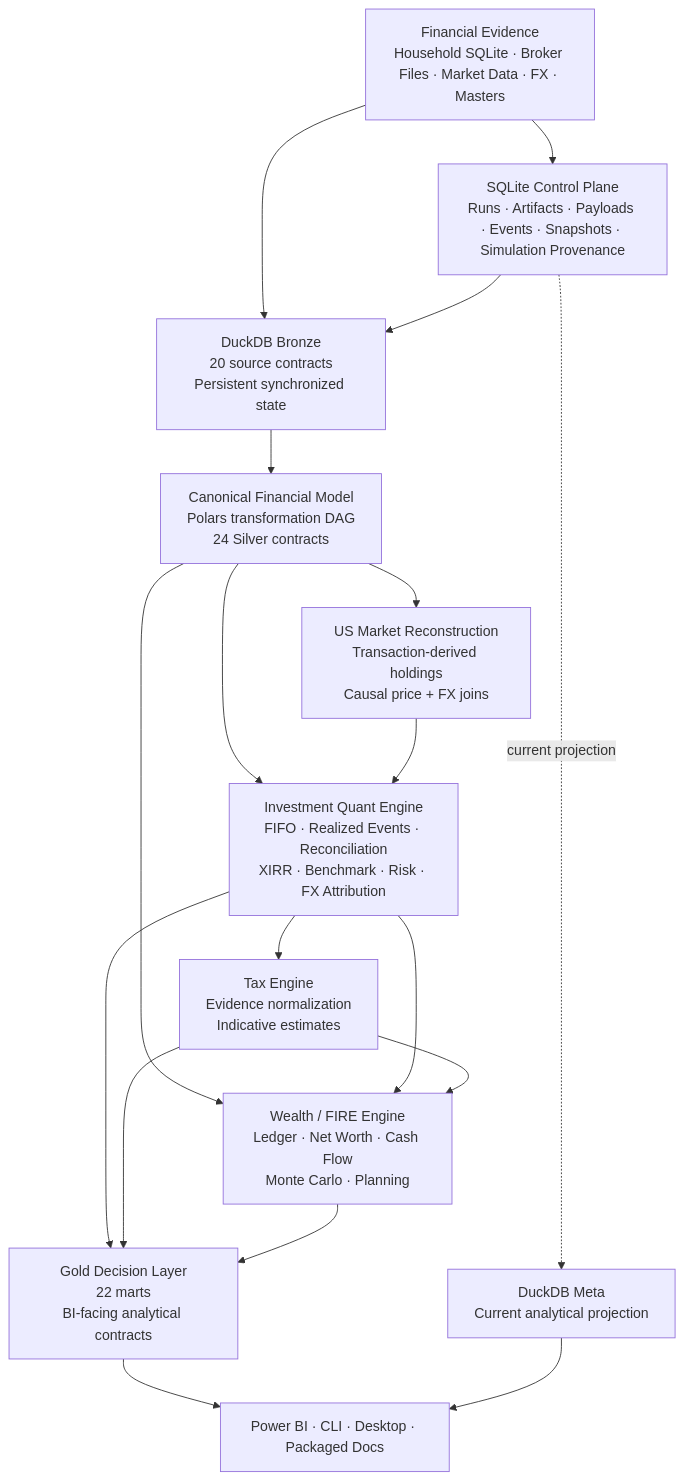
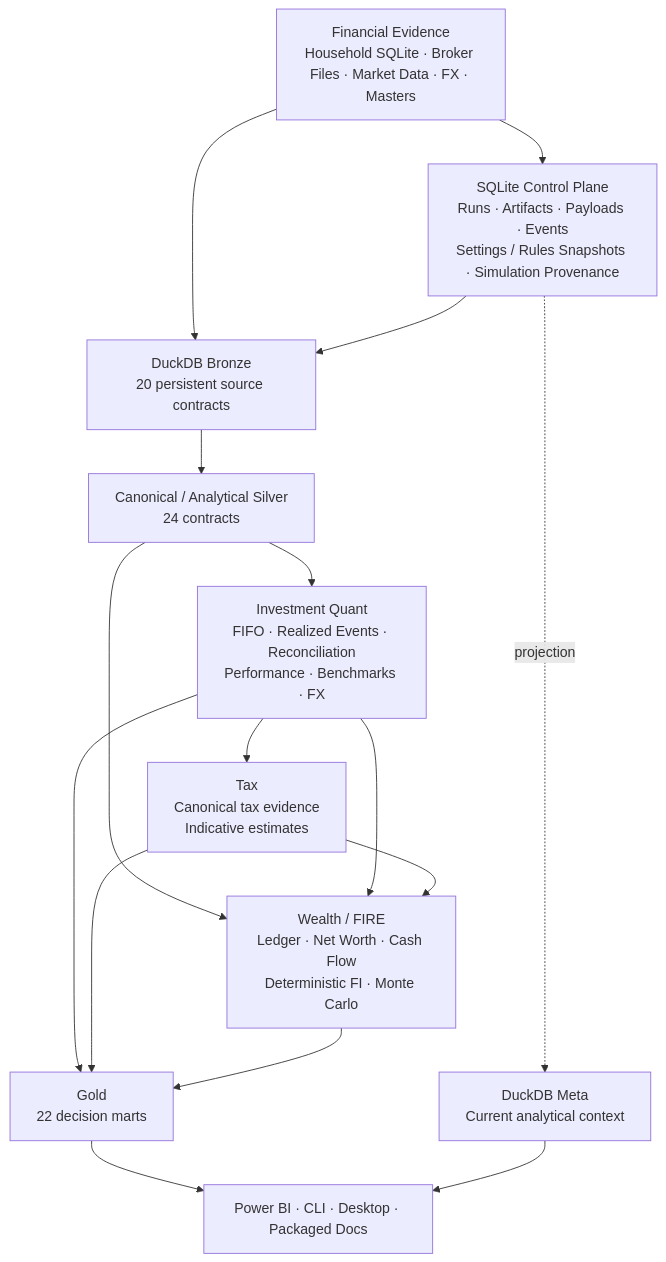
One commit to tks18/personal-finance-etl changed the fourth of 31 diagrams in README.md. Above: the diagram before and after it, drawn with Mermaid. The commit also changed other lines of this file, not shown here.

````diff
--- a/README.md
+++ b/README.md
@@ -21,32 +178,29 @@
 ```mermaid
 flowchart TB
     SRC["Financial Evidence<br/>Household SQLite · Broker Files · Market Data · FX · Masters"]
-    CP["SQLite Control Plane<br/>Runs · Artifacts · Payloads · Events · Snapshots · Simulation Provenance"]
-    BR["DuckDB Bronze<br/>20 source contracts<br/>Persistent synchronized state"]
-    CAN["Canonical Financial Model<br/>Polars transformation DAG<br/>24 Silver contracts"]
-    US["US Market Reconstruction<br/>Transaction-derived holdings<br/>Causal price + FX joins"]
-    Q["Investment Quant Engine<br/>FIFO · Realized Events · Reconciliation<br/>XIRR · Benchmark · Risk · FX Attribution"]
-    TAX["Tax Engine<br/>Evidence normalization<br/>Indicative estimates"]
-    W["Wealth / FIRE Engine<br/>Ledger · Net Worth · Cash Flow<br/>Monte Carlo · Planning"]
-    GOLD["Gold Decision Layer<br/>22 marts<br/>BI-facing analytical contracts"]
-    META["DuckDB Meta<br/>Current analytical projection"]
-    APP["Power BI · CLI · Desktop · Packaged Docs"]
+    CP["SQLite Control Plane<br/>Runs · Artifacts · Payloads · Events<br/>Settings / Rules Snapshots · Simulation Provenance"]
+    BR["DuckDB Bronze<br/>20 persistent source contracts"]
+    SIL["Canonical / Analytical Silver<br/>24 contracts"]
+    Q["Investment Quant<br/>FIFO · Realized Events · Reconciliation<br/>Performance · Benchmarks · FX"]
+    TAX["Tax<br/>Canonical tax evidence<br/>Indicative estimates"]
+    W["Wealth / FIRE<br/>Ledger · Net Worth · Cash Flow<br/>Deterministic FI · Monte Carlo"]
+    GOLD["Gold<br/>22 decision marts"]
+    META["DuckDB Meta<br/>Current analytical context"]
+    UX["Power BI · CLI · Desktop · Packaged Docs"]
 
     SRC --> CP
     SRC --> BR
     CP --> BR
-    BR --> CAN
-    CAN --> US
-    CAN --> Q
-    US --> Q
+    BR --> SIL
+    SIL --> Q
     Q --> TAX
-    CAN --> W
+    SIL --> W
     Q --> W
     TAX --> W
     Q --> GOLD
     TAX --> GOLD
     W --> GOLD
-    CP -. current projection .-> META
-    GOLD --> APP
-    META --> APP
+    CP -. projection .-> META
+    GOLD --> UX
+    META --> UX
 ```
````
